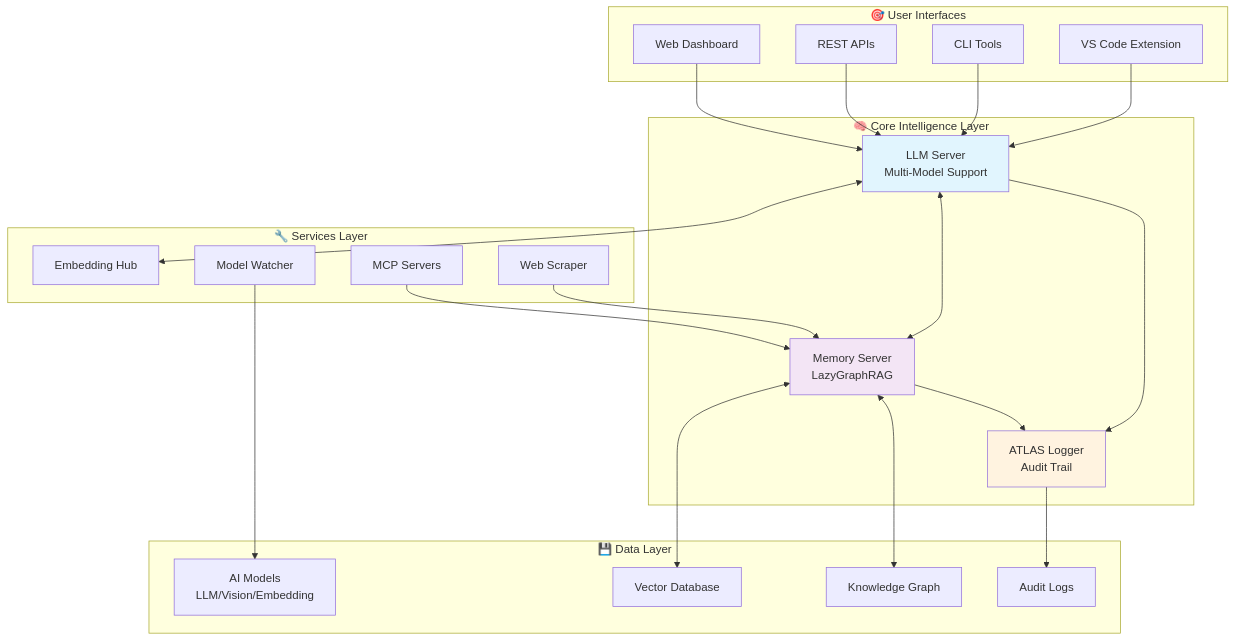
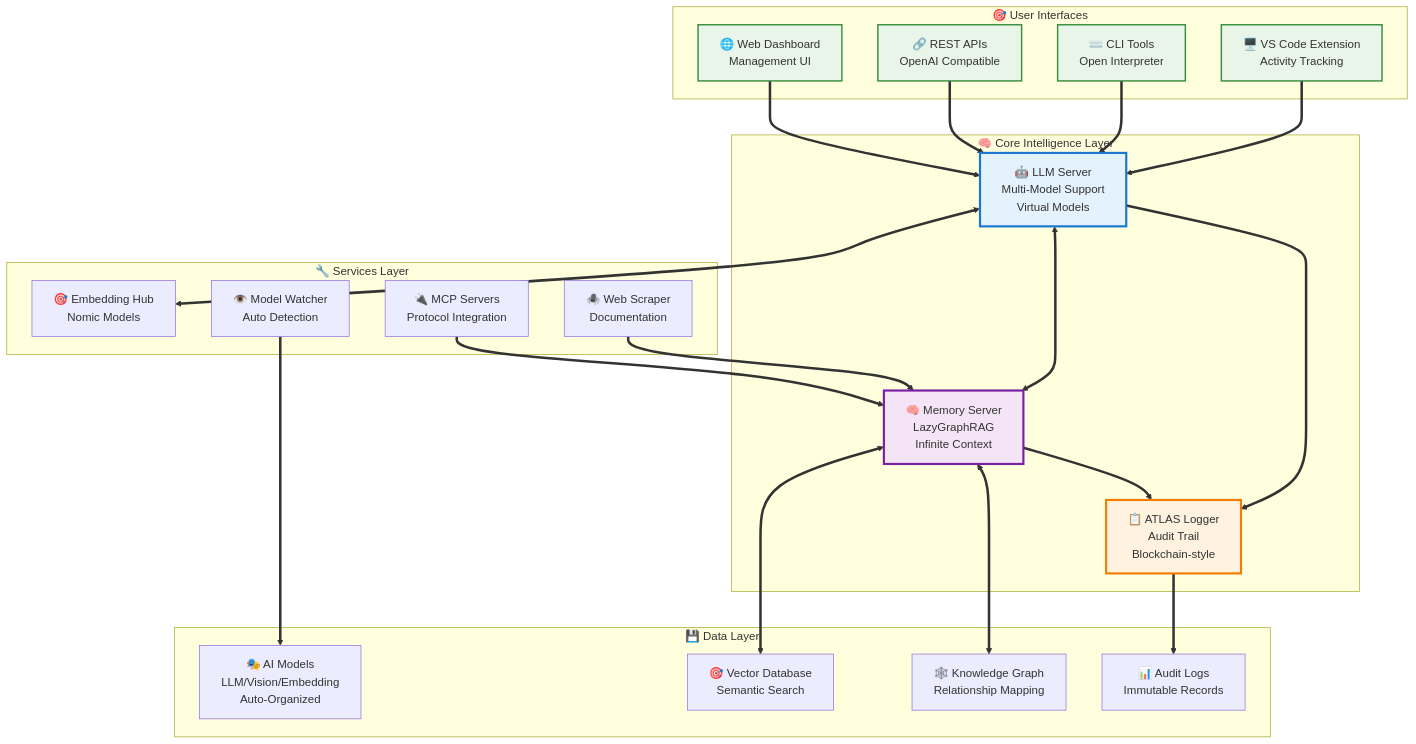
The first of 2 diagrams in README.md (Ruben-Alvarez-Dev/AI-server), drawn with Mermaid before and after one commit. The commit also changed other lines of this file, not shown here.

First line of the commit message:
style: enhance README visual appeal and diagram visibility

````diff
--- a/README.md
+++ b/README.md
@@ -36,52 +121,56 @@
 ```mermaid
 graph TB
     subgraph "🎯 User Interfaces"
-        VS[VS Code Extension]
-        CLI[CLI Tools]
-        API[REST APIs]
-        WEB[Web Dashboard]
+        VS["🖥️ VS Code Extension<br/>Activity Tracking"]
+        CLI["⌨️ CLI Tools<br/>Open Interpreter"]
+        API["🔗 REST APIs<br/>OpenAI Compatible"]
+        WEB["🌐 Web Dashboard<br/>Management UI"]
     end
     
     subgraph "🧠 Core Intelligence Layer"
-        LLM[LLM Server<br/>Multi-Model Support]
-        MEM[Memory Server<br/>LazyGraphRAG]
-        ATL[ATLAS Logger<br/>Audit Trail]
+        LLM["🤖 LLM Server<br/>Multi-Model Support<br/>Virtual Models"]
+        MEM["🧠 Memory Server<br/>LazyGraphRAG<br/>Infinite Context"]
+        ATL["📋 ATLAS Logger<br/>Audit Trail<br/>Blockchain-style"]
     end
     
     subgraph "🔧 Services Layer"
-        EMB[Embedding Hub]
-        MOD[Model Watcher]
-        WEB_SCRAP[Web Scraper]
-        MCP[MCP Servers]
+        EMB["🎯 Embedding Hub<br/>Nomic Models"]
+        MOD["👁️ Model Watcher<br/>Auto Detection"]
+        WEB_SCRAP["🕷️ Web Scraper<br/>Documentation"]
+        MCP["🔌 MCP Servers<br/>Protocol Integration"]
     end
     
     subgraph "💾 Data Layer"
-        MODELS[AI Models<br/>LLM/Vision/Embedding]
-        VDB[Vector Database]
-        GRAPH[Knowledge Graph]
-        LOGS[Audit Logs]
+        MODELS["🎭 AI Models<br/>LLM/Vision/Embedding<br/>Auto-Organized"]
+        VDB["🎯 Vector Database<br/>Semantic Search"]
+        GRAPH["🕸️ Knowledge Graph<br/>Relationship Mapping"]
+        LOGS["📊 Audit Logs<br/>Immutable Records"]
     end
     
-    VS --> LLM
-    CLI --> LLM
-    API --> LLM
-    WEB --> LLM
+    VS ==> LLM
+    CLI ==> LLM
+    API ==> LLM
+    WEB ==> LLM
     
-    LLM <--> MEM
-    LLM --> ATL
-    MEM --> ATL
+    LLM <==> MEM
+    LLM ==> ATL
+    MEM ==> ATL
     
-    LLM <--> EMB
-    MEM <--> VDB
-    MEM <--> GRAPH
+    LLM <==> EMB
+    MEM <==> VDB
+    MEM <==> GRAPH
     
-    MOD --> MODELS
-    WEB_SCRAP --> MEM
-    MCP --> MEM
+    MOD ==> MODELS
+    WEB_SCRAP ==> MEM
+    MCP ==> MEM
     
-    ATL --> LOGS
+    ATL ==> LOGS
     
-    style LLM fill:#e1f5fe
-    style MEM fill:#f3e5f5
-    style ATL fill:#fff3e0
+    style LLM fill:#e3f2fd,stroke:#1976d2,stroke-width:3px
+    style MEM fill:#f3e5f5,stroke:#7b1fa2,stroke-width:3px
+    style ATL fill:#fff3e0,stroke:#f57c00,stroke-width:3px
+    style VS fill:#e8f5e8,stroke:#388e3c,stroke-width:2px
+    style CLI fill:#e8f5e8,stroke:#388e3c,stroke-width:2px
+    style API fill:#e8f5e8,stroke:#388e3c,stroke-width:2px
+    style WEB fill:#e8f5e8,stroke:#388e3c,stroke-width:2px
 ```
````
